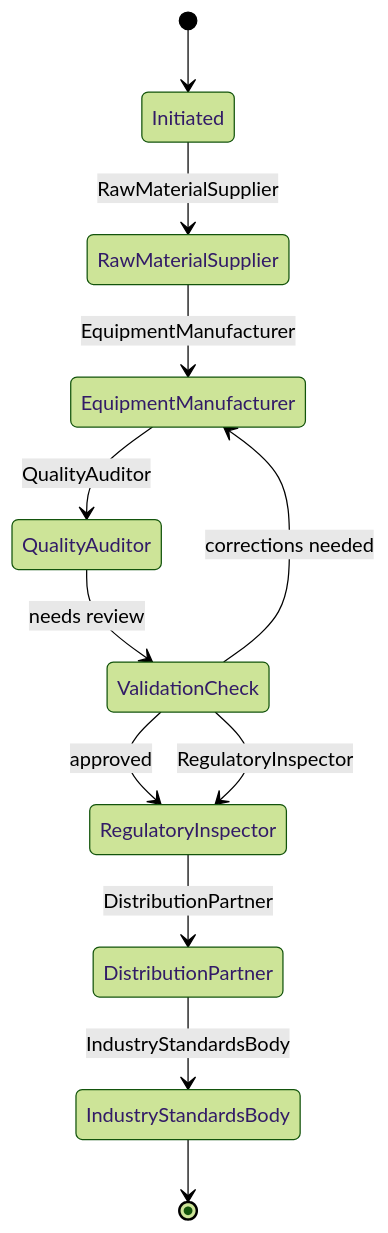
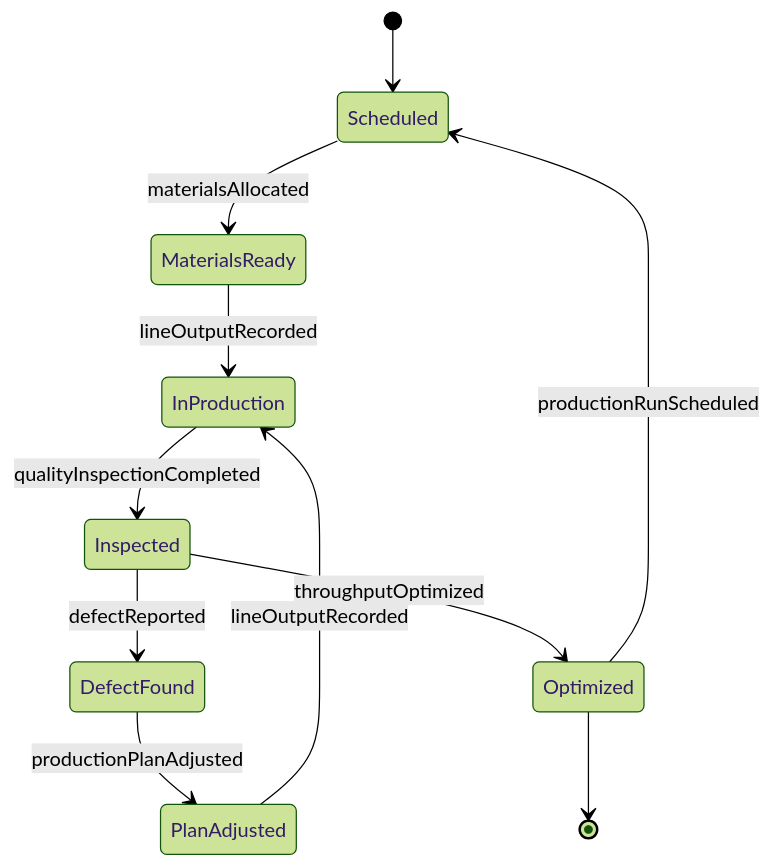
One commit to dot-org-ai/tasks.org.ai changed the second of 4 diagrams in GuidingDirectingAndMotivatingSubordinates/DirectOrganizationalOperationsActivitiesOrProcedures/DirectIndustrialProductionActivities.mdx. Above: the diagram before and after it, drawn with Mermaid (forest theme). The commit also changed other lines of this file and 515 other files, not shown here.

````diff
--- a/GuidingDirectingAndMotivatingSubordinates/DirectOrganizationalOperationsActivitiesOrProcedures/DirectIndustrialProductionActivities.mdx
+++ b/GuidingDirectingAndMotivatingSubordinates/DirectOrganizationalOperationsActivitiesOrProcedures/DirectIndustrialProductionActivities.mdx
@@ -109,14 +106,13 @@
 ```mermaid
 stateDiagram-v2
-    [*] --> Initiated
-    Initiated --> RawMaterialSupplier: RawMaterialSupplier
-    RawMaterialSupplier --> EquipmentManufacturer: EquipmentManufacturer
-    EquipmentManufacturer --> QualityAuditor: QualityAuditor
-    QualityAuditor --> ValidationCheck: needs review
-    ValidationCheck --> EquipmentManufacturer: corrections needed
-    ValidationCheck --> RegulatoryInspector: approved
-    ValidationCheck --> RegulatoryInspector: RegulatoryInspector
-    RegulatoryInspector --> DistributionPartner: DistributionPartner
-    DistributionPartner --> IndustryStandardsBody: IndustryStandardsBody
-    IndustryStandardsBody --> [*]
+    [*] --> Scheduled
+    Scheduled --> MaterialsReady : materialsAllocated
+    MaterialsReady --> InProduction : lineOutputRecorded
+    InProduction --> Inspected : qualityInspectionCompleted
+    Inspected --> DefectFound : defectReported
+    DefectFound --> PlanAdjusted : productionPlanAdjusted
+    PlanAdjusted --> InProduction : lineOutputRecorded
+    Inspected --> Optimized : throughputOptimized
+    Optimized --> Scheduled : productionRunScheduled
+    Optimized --> [*]
 ```
````
